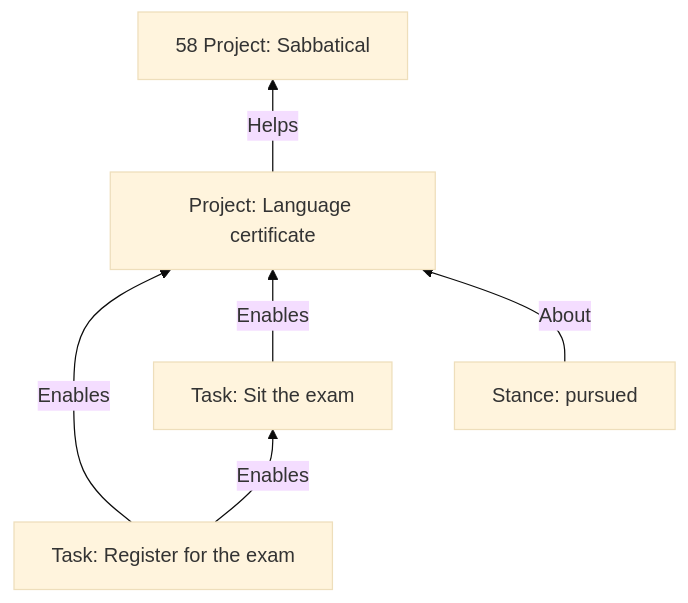
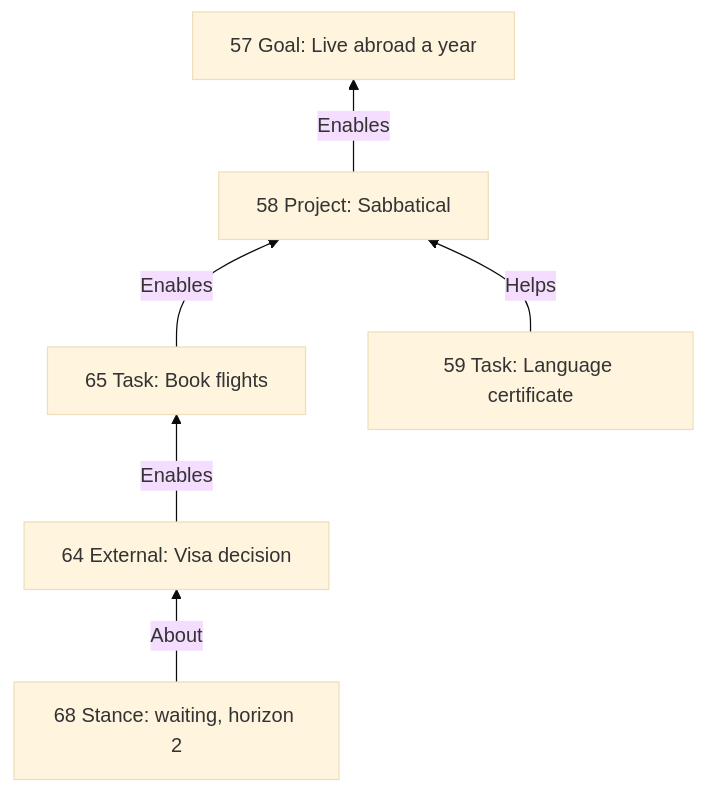
One commit to RezaOnGithub/lifecore changed the ninth of 13 diagrams in docs/PLANNING-EXPLAINER.md. Above: the diagram before and after it, drawn with Mermaid (base theme). The commit also changed other lines of this file and 3 other files, not shown here.

````diff
--- a/docs/PLANNING-EXPLAINER.md
+++ b/docs/PLANNING-EXPLAINER.md
@@ -907,8 +989,8 @@
 ```mermaid
 flowchart BT
-    Q["Project: Language certificate"] -- Helps --> P["58 Project: Sabbatical"]
-    Q1["Task: Register for the exam"] -- Enables --> Q
-    Q2["Task: Sit the exam"] -- Enables --> Q
-    Q1 -- Enables --> Q2
-    S2["Stance: pursued"] -- About --> Q
+    E["64 External: Visa decision"] -- Enables --> T["65 Task: Book flights"]
+    T -- Enables --> P["58 Project: Sabbatical"]
+    P -- Enables --> G["57 Goal: Live abroad a year"]
+    Q["59 Task: Language certificate"] -- Helps --> P
+    W["68 Stance: waiting, horizon 2"] -- About --> E
 ```
````
